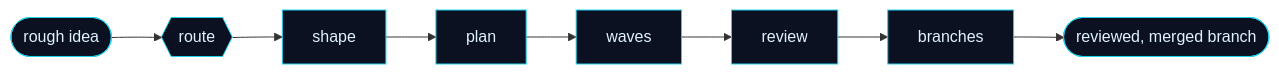
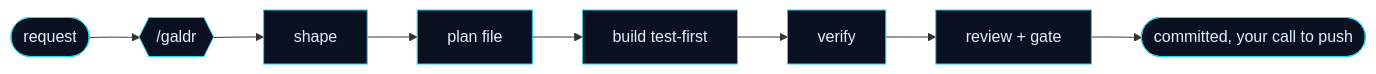
Before and after one commit to nyelonong/galdr: the diagram in README.md, drawn with Mermaid. The commit also changed other lines of this file and 78 other files, not shown here.

````diff
--- a/README.md
+++ b/README.md
@@ -62,6 +50,6 @@
 ```mermaid
 flowchart LR
-    A([rough idea]) --> R{{route}} --> S[shape] --> P[plan] --> W[waves] --> V[review] --> B[branches] --> Z([reviewed, merged branch])
+    A([request]) --> G{{/galdr}} --> S[shape] --> P[plan file] --> B[build test-first] --> V[verify] --> R[review + gate] --> Z([committed, your call to push])
     classDef flow fill:#0b1120,stroke:#22d3ee,stroke-width:1px,color:#e0f2fe;
-    class A,R,S,P,W,V,B,Z flow;
+    class A,G,S,P,B,V,R,Z flow;
 ```
````
